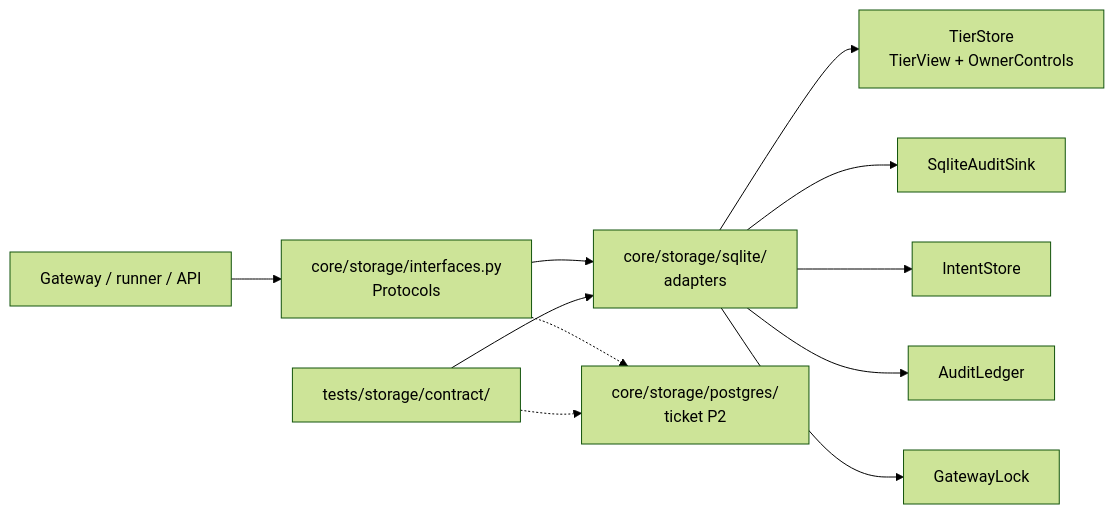
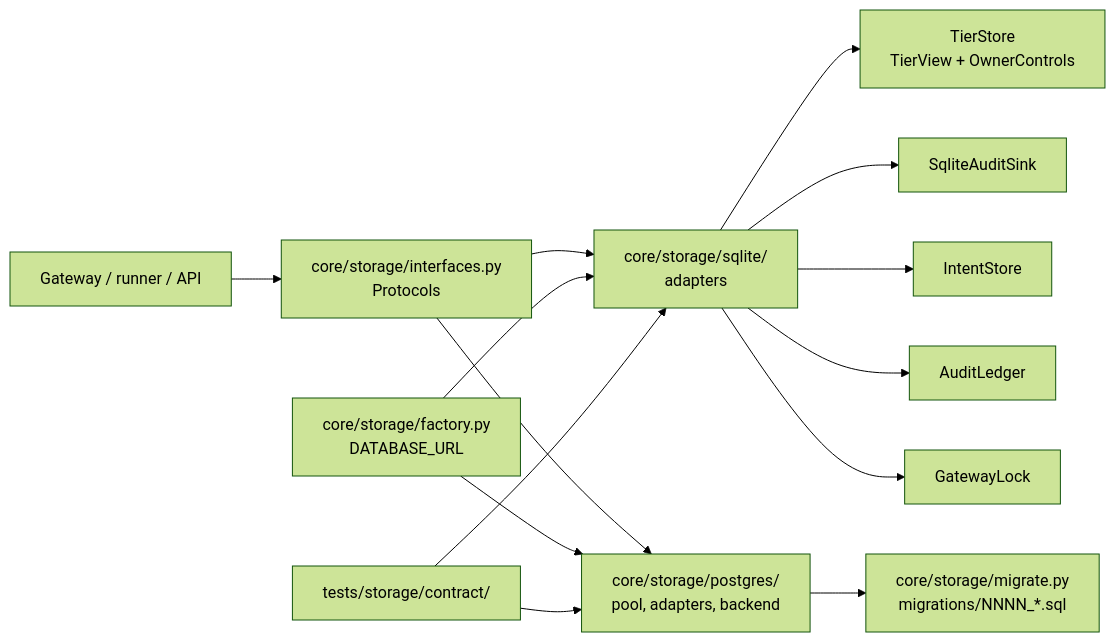
One commit to thaicuong576/agent-wallet changed the diagram in docs/architecture/storage.md. Above: the diagram before and after it, drawn with Mermaid (forest theme). The commit also changed other lines of this file and 19 other files, not shown here.

First line of the commit message:
feat(storage): Postgres backend, migrations, CI service and compose db (#94)

````diff
--- a/docs/architecture/storage.md
+++ b/docs/architecture/storage.md
@@ -7,13 +7,16 @@
 ```mermaid
 flowchart LR
     GW[Gateway / runner / API] --> P[core/storage/interfaces.py<br/>Protocols]
     P --> S[core/storage/sqlite/<br/>adapters]
     S --> T[TierStore<br/>TierView + OwnerControls]
     S --> A[SqliteAuditSink]
     S --> I[IntentStore]
     S --> L[AuditLedger]
     S --> K[GatewayLock]
-    P -.-> PG[core/storage/postgres/<br/>ticket P2]
+    P --> PG[core/storage/postgres/<br/>pool, adapters, backend]
+    PG --> M[core/storage/migrate.py<br/>migrations/NNNN_*.sql]
+    F[core/storage/factory.py<br/>DATABASE_URL] --> S
+    F --> PG
     C[tests/storage/contract/] --> S
-    C -.-> PG
+    C --> PG
 ```
````
